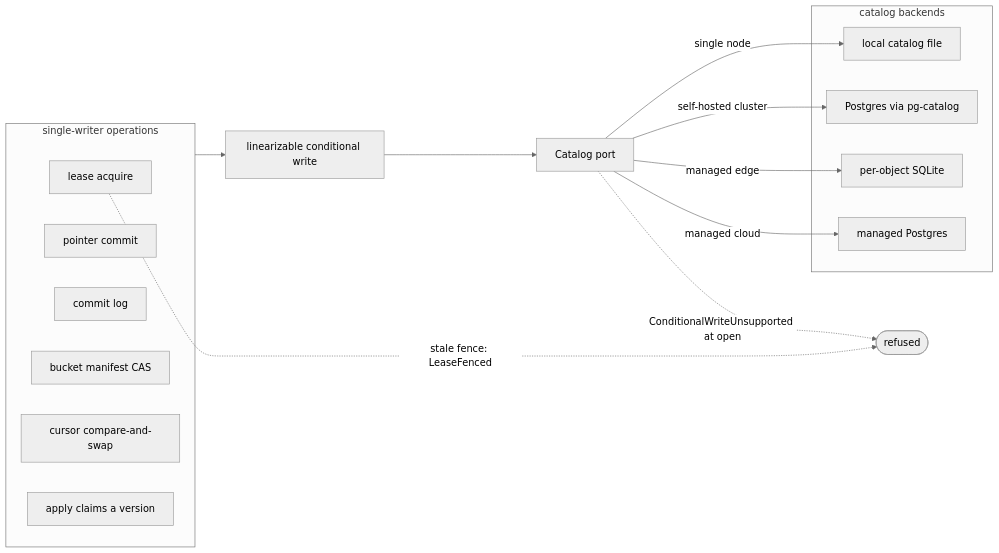
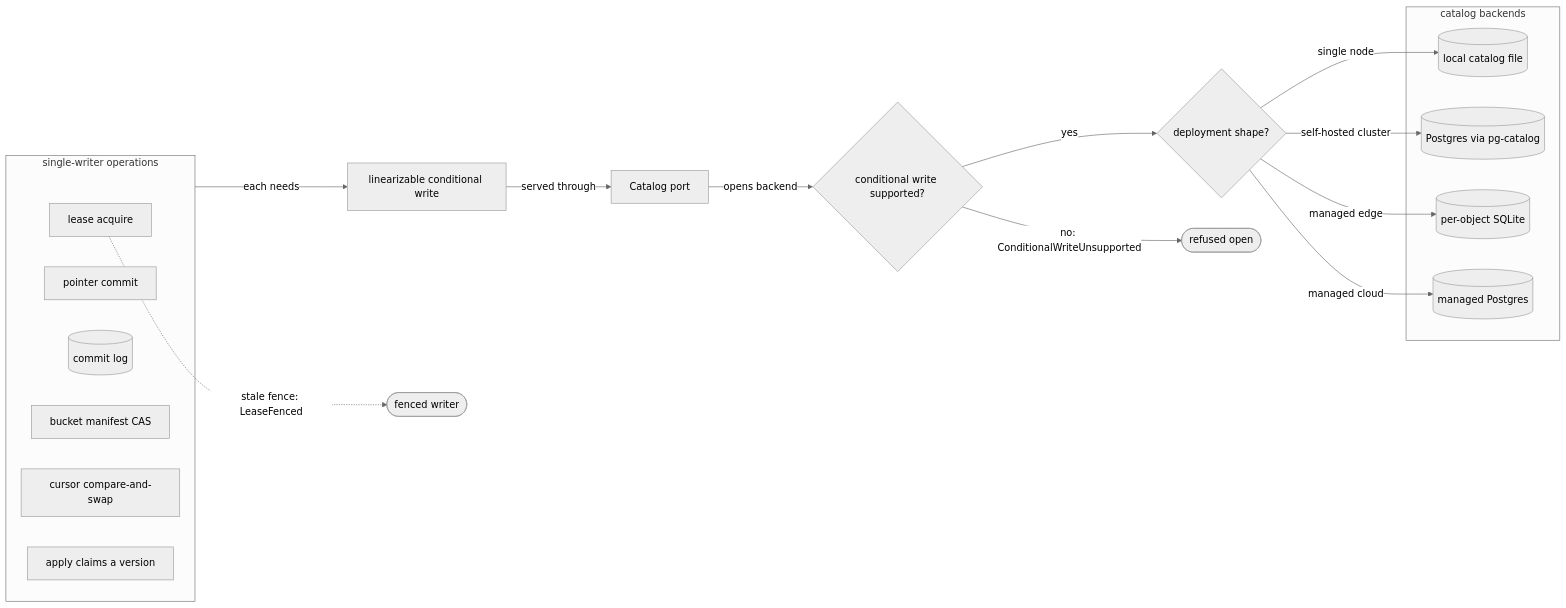
The fifth of 5 diagrams in spec/01-topology.md (fractalboxdev/contextful), drawn with Mermaid (neutral theme) before and after one commit. The commit also changed other lines of this file and 31 other files, not shown here.

First line of the commit message:
spec: every diagram draws things as nodes and what flows as labelled edges

````diff
--- a/spec/01-topology.md
+++ b/spec/01-topology.md
@@ -280,28 +281,34 @@
 ```mermaid
 flowchart LR
   subgraph OPS["single-writer operations"]
     LA["lease acquire"]
     PTR["pointer commit"]
-    CL["commit log"]
+    CL[("commit log")]
     MAN["bucket manifest CAS"]
     CUR["cursor compare-and-swap"]
     APPLY["apply claims a version"]
   end
   PRIM["linearizable conditional write"]
   PORT["Catalog port"]
+  CW{"conditional write supported?"}
+  SHAPE{"deployment shape?"}
   subgraph BACKENDS["catalog backends"]
-    LOCAL["local catalog file"]
-    PG["Postgres via pg-catalog"]
-    SQLITE["per-object SQLite"]
-    MPG["managed Postgres"]
+    LOCAL[("local catalog file")]
+    PG[("Postgres via pg-catalog")]
+    SQLITE[("per-object SQLite")]
+    MPG[("managed Postgres")]
   end
-  REFUSED(["refused"])
+  NOOPEN(["refused open"])
+  FENCED(["fenced writer"])
 
-  OPS --> PRIM --> PORT
-  PORT -- "single node" --> LOCAL
-  PORT -- "self-hosted cluster" --> PG
-  PORT -- "managed edge" --> SQLITE
-  PORT -- "managed cloud" --> MPG
-  PORT -. "ConditionalWriteUnsupported at open" .-> REFUSED
-  LA -. "stale fence: LeaseFenced" .-> REFUSED
+  OPS -- "each needs" --> PRIM
+  PRIM -- "served through" --> PORT
+  PORT -- "opens backend" --> CW
+  CW -- "no: ConditionalWriteUnsupported" --> NOOPEN
+  CW -- "yes" --> SHAPE
+  SHAPE -- "single node" --> LOCAL
+  SHAPE -- "self-hosted cluster" --> PG
+  SHAPE -- "managed edge" --> SQLITE
+  SHAPE -- "managed cloud" --> MPG
+  LA -. "stale fence: LeaseFenced" .-> FENCED
 ```
````
